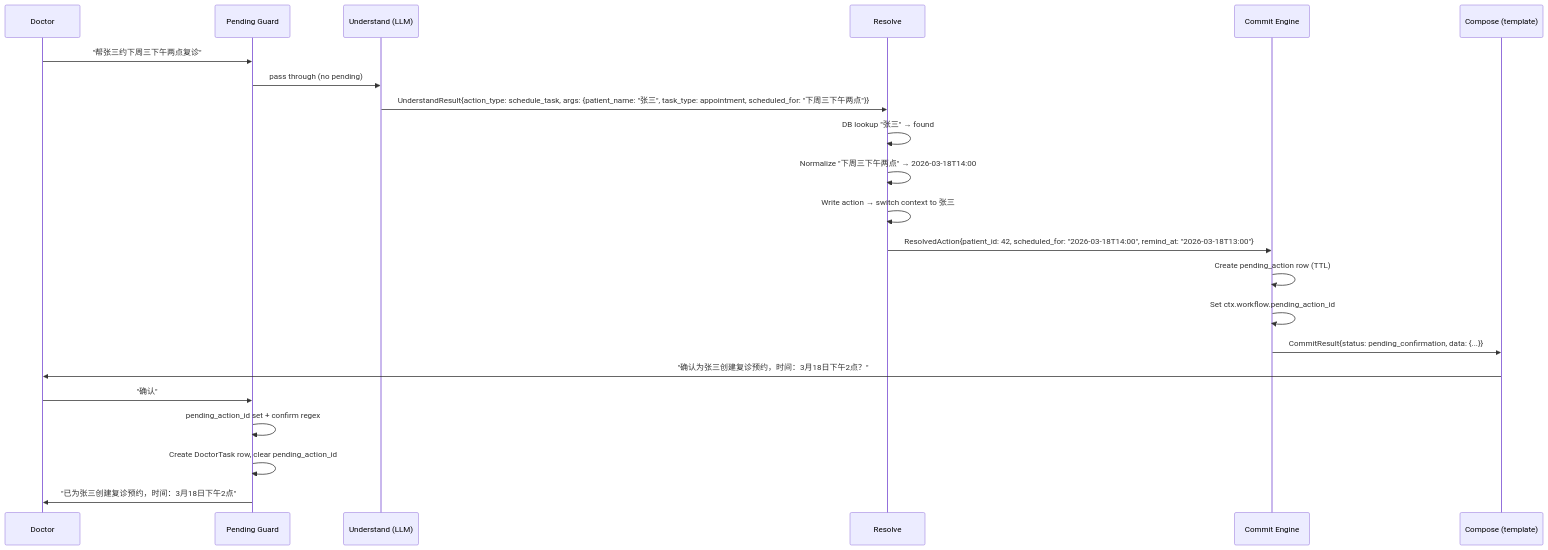
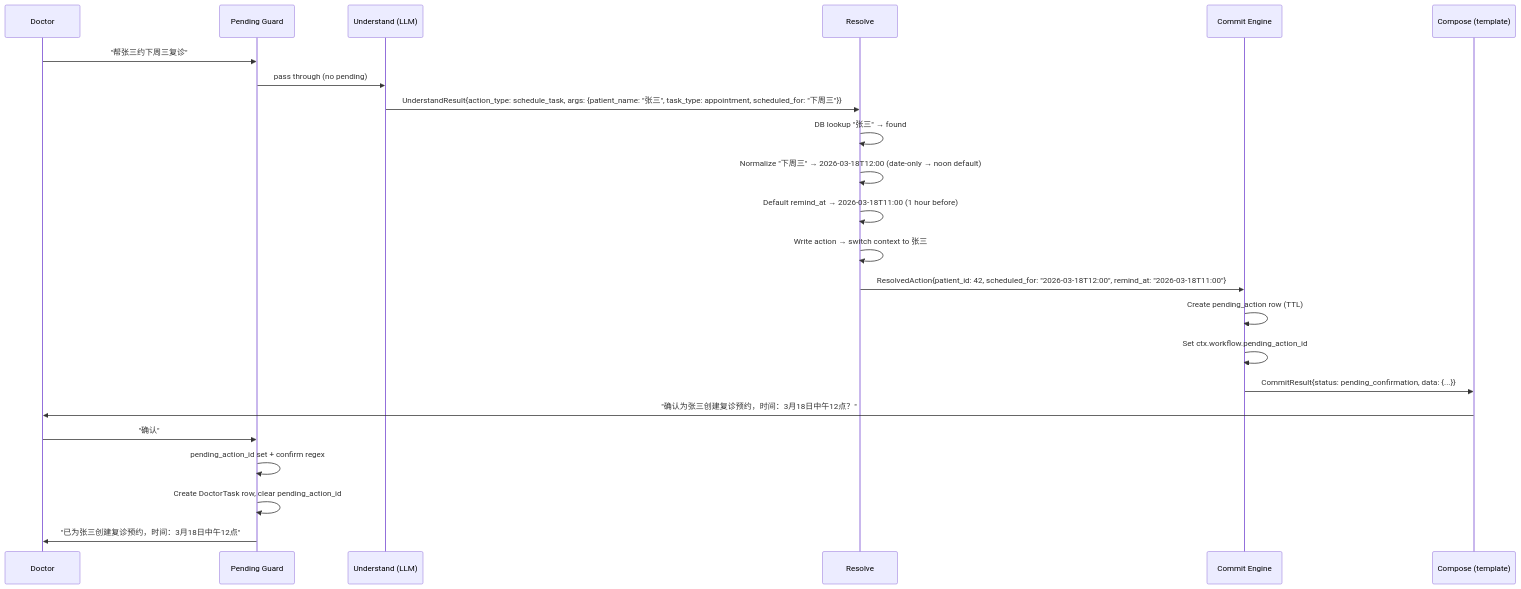
Before and after one commit to moments8890/doctor-ai-agent: the third of 7 diagrams in docs/adr/0012-architecture-diagram.md, drawn with Mermaid. The commit also changed 1 other file, not shown here.

Commit message:
docs: date-only appointments default to noon, not missing_field
Appointments without a specific time ("下周三") are valid — the runtime
defaults to 12:00 noon in the configured timezone. Reminder defaults to
one hour before. Updated §8, §12 rules and diagram sequence example.

````diff
--- a/docs/adr/0012-architecture-diagram.md
+++ b/docs/adr/0012-architecture-diagram.md
@@ -92,26 +92,27 @@
 ```mermaid
 sequenceDiagram
     participant D as Doctor
     participant PG as Pending Guard
     participant U as Understand (LLM)
     participant R as Resolve
     participant CE as Commit Engine
     participant Co as Compose (template)
 
-    D->>PG: "帮张三约下周三下午两点复诊"
+    D->>PG: "帮张三约下周三复诊"
     PG->>U: pass through (no pending)
-    U->>R: UnderstandResult{action_type: schedule_task, args: {patient_name: "张三", task_type: appointment, scheduled_for: "下周三下午两点"}}
+    U->>R: UnderstandResult{action_type: schedule_task, args: {patient_name: "张三", task_type: appointment, scheduled_for: "下周三"}}
     R->>R: DB lookup "张三" → found
-    R->>R: Normalize "下周三下午两点" → 2026-03-18T14:00
+    R->>R: Normalize "下周三" → 2026-03-18T12:00 (date-only → noon default)
+    R->>R: Default remind_at → 2026-03-18T11:00 (1 hour before)
     R->>R: Write action → switch context to 张三
-    R->>CE: ResolvedAction{patient_id: 42, scheduled_for: "2026-03-18T14:00", remind_at: "2026-03-18T13:00"}
+    R->>CE: ResolvedAction{patient_id: 42, scheduled_for: "2026-03-18T12:00", remind_at: "2026-03-18T11:00"}
     CE->>CE: Create pending_action row (TTL)
     CE->>CE: Set ctx.workflow.pending_action_id
     CE->>Co: CommitResult{status: pending_confirmation, data: {...}}
-    Co->>D: "确认为张三创建复诊预约，时间：3月18日下午2点？"
+    Co->>D: "确认为张三创建复诊预约，时间：3月18日中午12点？"
 
     D->>PG: "确认"
     PG->>PG: pending_action_id set + confirm regex
     PG->>PG: Create DoctorTask row, clear pending_action_id
-    PG->>D: "已为张三创建复诊预约，时间：3月18日下午2点"
+    PG->>D: "已为张三创建复诊预约，时间：3月18日中午12点"
 ```
````
